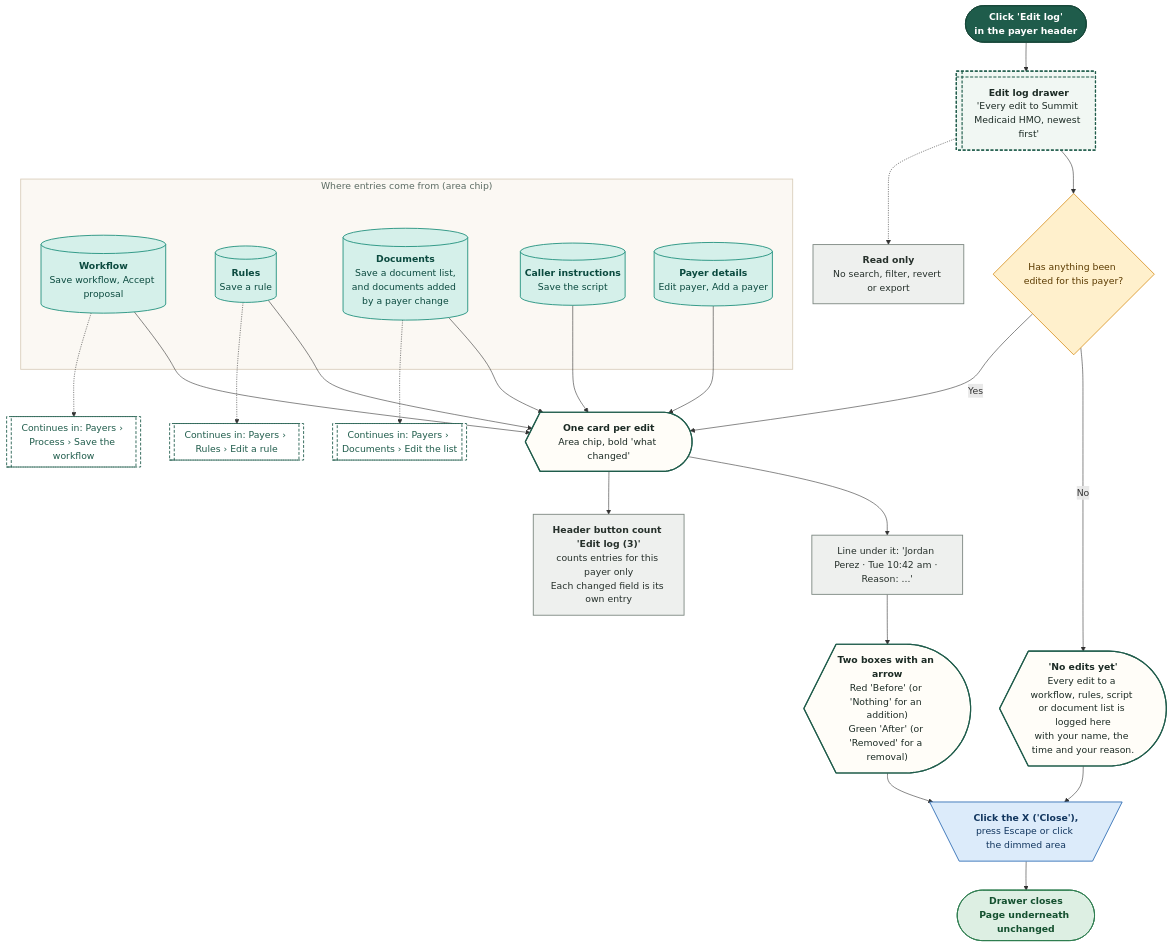
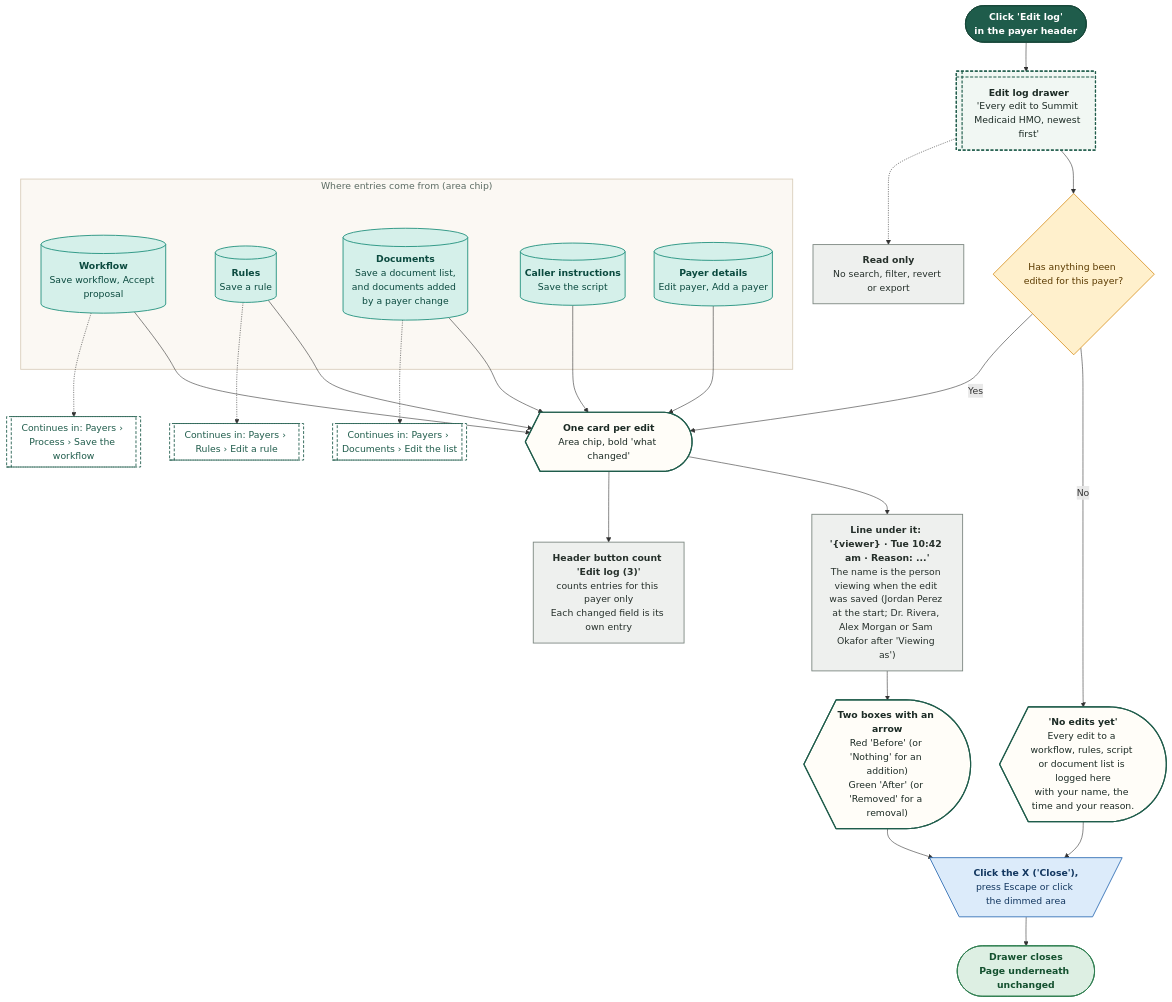
Before and after one commit to Shrav143/psyfloapp: diagram 14 of 27 in demos/prior-auth-demo/workflows/out/md/10-payers.md, drawn with Mermaid. The commit also changed other lines of this file and 251 other files, not shown here.

First line of the commit message:
docs: rebuild the workflow diagrams (291) for round 4

````diff
--- a/demos/prior-auth-demo/workflows/out/md/10-payers.md
+++ b/demos/prior-auth-demo/workflows/out/md/10-payers.md
@@ -1044,65 +1046,65 @@
 ```mermaid
 %%{init: {"theme":"base","themeVariables":{"fontFamily":"'DM Sans', 'Segoe UI', system-ui, sans-serif","fontSize":"15px","lineColor":"#5B6B63","primaryTextColor":"#1C2B25","clusterBkg":"#FBF8F3","clusterBorder":"#D9CDBB","edgeLabelBackground":"#FFFFFF"},"flowchart":{"curve":"basis","nodeSpacing":36,"rankSpacing":48,"padding":12,"htmlLabels":true,"useMaxWidth":false,"wrappingWidth":230}} }%%
 flowchart TD
   classDef k_start fill:#1F5C4B,stroke:#174638,color:#FFFFFF,stroke-width:1.5px,font-weight:600
   classDef k_end fill:#DDEFE3,stroke:#2E7D4F,color:#14502F,stroke-width:1.5px,font-weight:600
   classDef k_endx fill:#FBE3E0,stroke:#C0392B,color:#7A1F16,stroke-width:1.5px,font-weight:600
   classDef k_screen fill:#FFFDF8,stroke:#1F5C4B,color:#1C2B25,stroke-width:2px
   classDef k_overlay fill:#F1F7F3,stroke:#1F5C4B,color:#1C2B25,stroke-width:2px,stroke-dasharray:5 3
   classDef k_click fill:#DCEBFA,stroke:#2F6DB5,color:#12365F,stroke-width:1.5px
   classDef k_input fill:#E4E7FF,stroke:#4C5FD5,color:#1D2670,stroke-width:1.5px
   classDef k_process fill:#EEF0EE,stroke:#7A857F,color:#26302B,stroke-width:1.5px
   classDef k_agent fill:#EEE5FA,stroke:#7A4FC2,color:#341A63,stroke-width:1.5px
   classDef k_decision fill:#FFF0CC,stroke:#D9962B,color:#5C3B00,stroke-width:1.5px
   classDef k_store fill:#D5F0EA,stroke:#1C8E7B,color:#0B4A3F,stroke-width:1.5px
   classDef k_doc fill:#F6E9DC,stroke:#B07A4C,color:#4A2E14,stroke-width:1.5px
   classDef k_ext fill:#FFE6D2,stroke:#E07B39,color:#6B2F06,stroke-width:1.5px
   classDef k_wait fill:#E4E8EE,stroke:#6B7C93,color:#26303D,stroke-width:1.5px
   classDef k_toast fill:#FFF9DB,stroke:#C9A400,color:#5A4A00,stroke-width:1.5px
   classDef k_goto fill:#FFFFFF,stroke:#1F5C4B,color:#1F5C4B,stroke-width:1.5px,stroke-dasharray:5 3
   s1@{ shape: stadium, label: "<b>Click 'Edit log'</b><br/>in the payer header" }
   dr@{ shape: win-pane, label: "<b>Edit log drawer</b><br/>'Every edit to Summit Medicaid HMO, newest first'" }
   any@{ shape: diam, label: "Has anything been edited for this payer?" }
   em@{ shape: curv-trap, label: "<b>'No edits yet'</b><br/>Every edit to a workflow, rules, script or document list is logged here<br/>with your name, the time and your reason." }
   ent@{ shape: curv-trap, label: "<b>One card per edit</b><br/>Area chip, bold 'what changed'" }
-  who@{ shape: rect, label: "Line under it: 'Jordan Perez · Tue 10:42 am · Reason: ...'" }
+  who@{ shape: rect, label: "<b>Line under it: '{viewer} · Tue 10:42 am · Reason: ...'</b><br/>The name is the person viewing when the edit was saved (Jordan Perez at the start; Dr. Rivera, Alex Morgan or Sam Okafor after 'Viewing as')" }
   ba@{ shape: curv-trap, label: "<b>Two boxes with an arrow</b><br/>Red 'Before' (or 'Nothing' for an addition)<br/>Green 'After' (or 'Removed' for a removal)" }
   subgraph gA ["Where entries come from (area chip)"]
   a1@{ shape: cyl, label: "<b>Workflow</b><br/>Save workflow, Accept proposal" }
   a2@{ shape: cyl, label: "<b>Rules</b><br/>Save a rule" }
   a3@{ shape: cyl, label: "<b>Documents</b><br/>Save a document list,<br/>and documents added by a payer change" }
   a4@{ shape: cyl, label: "<b>Caller instructions</b><br/>Save the script" }
   a5@{ shape: cyl, label: "<b>Payer details</b><br/>Edit payer, Add a payer" }
   end
   cnt@{ shape: rect, label: "<b>Header button count 'Edit log (3)'</b><br/>counts entries for this payer only<br/>Each changed field is its own entry" }
   ro@{ shape: rect, label: "<b>Read only</b><br/>No search, filter, revert or export" }
   cc@{ shape: trap-t, label: "<b>Click the X ('Close'),</b><br/>press Escape or click the dimmed area" }
   e1@{ shape: stadium, label: "<b>Drawer closes</b><br/>Page underneath unchanged" }
   g1@{ shape: subproc, label: "Continues in: Payers › Process › Save the workflow" }
   g2@{ shape: subproc, label: "Continues in: Payers › Rules › Edit a rule" }
   g3@{ shape: subproc, label: "Continues in: Payers › Documents › Edit the list" }
   s1 --> dr --> any
   any -->|"No"| em --> cc
   any -->|"Yes"| ent --> who --> ba --> cc
   ent --> cnt
   dr -.-> ro
   cc --> e1
   a1 --> ent
   a2 --> ent
   a3 --> ent
   a4 --> ent
   a5 --> ent
   a1 -.-> g1
   a2 -.-> g2
   a3 -.-> g3
   class s1 k_start
   class dr k_overlay
   class any k_decision
   class em,ent,ba k_screen
   class who,cnt,ro k_process
   class a1,a2,a3,a4,a5 k_store
   class cc k_click
   class e1 k_end
   class g1,g2,g3 k_goto
   style gA fill:#FBF8F3,stroke:#D9CDBB,stroke-width:1.5px,color:#5B6B63
 ```
````
